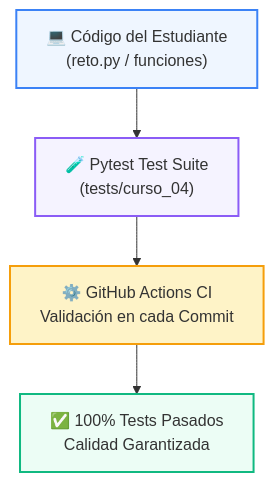
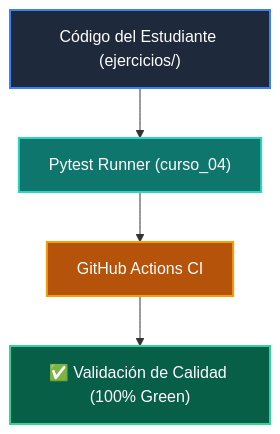
The diagram in tests/curso_04/README.md (wisrovi/wisrovi-python), drawn with Mermaid before and after one commit. The commit also changed other lines of this file and 271 other files, not shown here.

Commit message:
docs: rewrite all README.md files with bespoke topic-specific Mermaid diagrams and remove repetitive boilerplate

````diff
--- a/tests/curso_04/README.md
+++ b/tests/curso_04/README.md
@@ -10,11 +9,11 @@
 ```mermaid
 flowchart TD
-    DEV["💻 Código del Estudiante<br/>(reto.py / funciones)"] --> PYTEST["🧪 Pytest Test Suite<br/>(tests/curso_04)"]
-    PYTEST --> CI["⚙️ GitHub Actions CI<br/>Validación en cada Commit"]
-    CI --> PASS["✅ 100% Tests Pasados<br/>Calidad Garantizada"]
+    CODE["Código del Estudiante (ejercicios/)"] --> PYTEST["Pytest Runner (curso_04)"]
+    PYTEST --> CI["GitHub Actions CI"]
+    CI --> PASS["✅ Validación de Calidad (100% Green)"]
 
-    style DEV fill:#eff6ff,stroke:#3b82f6,stroke-width:2px
-    style PYTEST fill:#f5f3ff,stroke:#8b5cf6,stroke-width:2px
-    style CI fill:#fef3c7,stroke:#f59e0b,stroke-width:2px
-    style PASS fill:#ecfdf5,stroke:#10b981,stroke-width:2px
+    style CODE fill:#1e293b,color:#fff,stroke:#3b82f6,stroke-width:2px
+    style PYTEST fill:#0f766e,color:#fff,stroke:#2dd4bf,stroke-width:2px
+    style CI fill:#b45309,color:#fff,stroke:#f59e0b,stroke-width:2px
+    style PASS fill:#065f46,color:#fff,stroke:#34d399,stroke-width:2px
 ```
````
